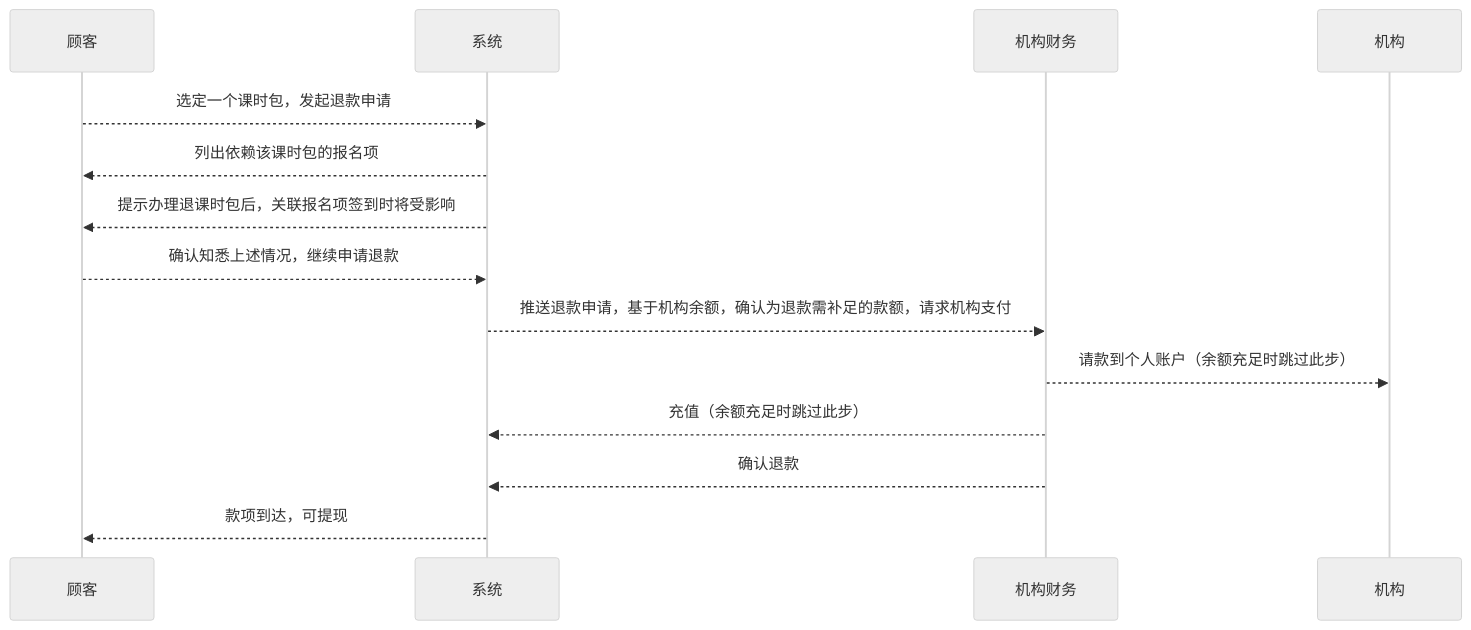
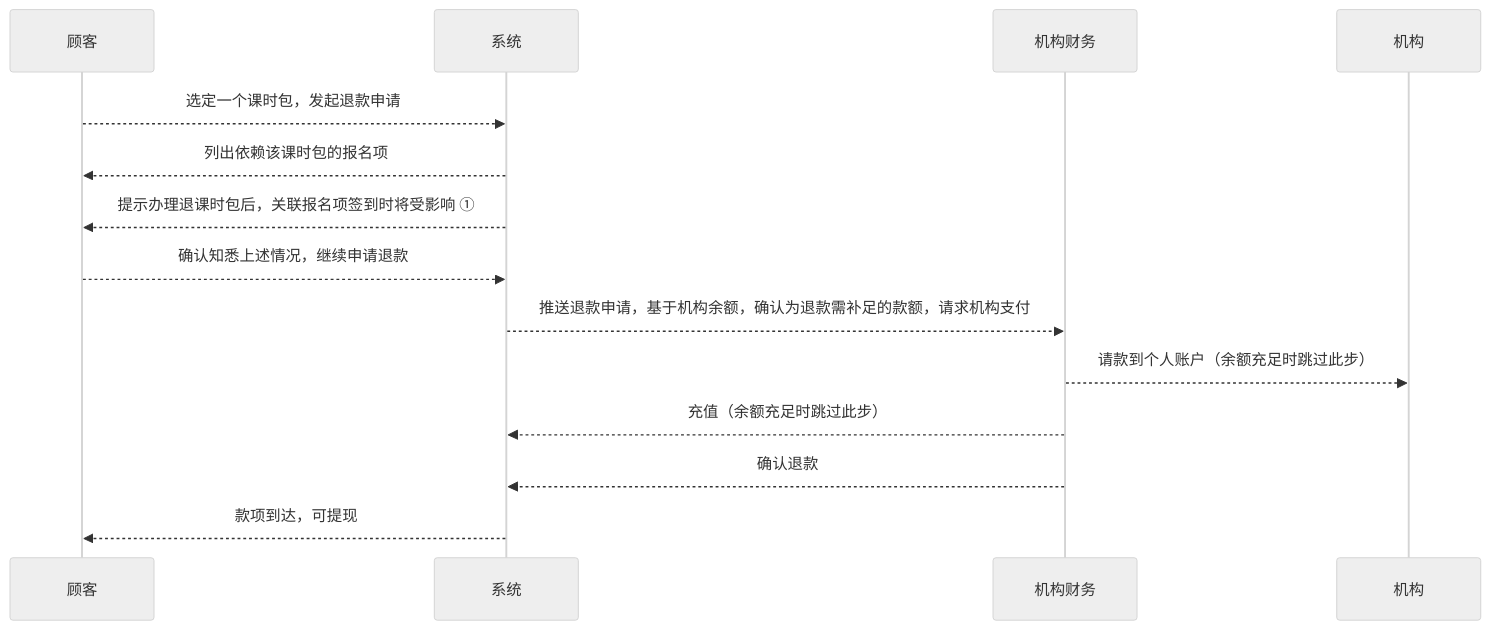
The diagram in 模块/课时包/用例/退课时包.md (world-wide-web/sign), drawn with Mermaid (neutral theme) before and after one commit. The commit also changed other lines of this file, not shown here.

````diff
--- a/模块/课时包/用例/退课时包.md
+++ b/模块/课时包/用例/退课时包.md
@@ -11,21 +11,21 @@
 	```mermaid
 	sequenceDiagram
 
 	顾客-->>系统: 选定一个课时包，发起退款申请
 
 	系统-->>顾客: 列出依赖该课时包的报名项
 
-	系统-->>顾客: 提示办理退课时包后，关联报名项签到时将受影响
+	系统-->>顾客: 提示办理退课时包后，关联报名项签到时将受影响 ①
 
 	顾客-->>系统: 确认知悉上述情况，继续申请退款
 
 	系统-->>机构财务: 推送退款申请，基于机构余额，确认为退款需补足的款额，请求机构支付
 
 	机构财务-->>机构: 请款到个人账户（余额充足时跳过此步）
 	
 	机构财务-->>系统: 充值（余额充足时跳过此步）
 	
 	机构财务-->>系统: 确认退款
 
 	系统-->>顾客: 款项到达，可提现
 	```
````
